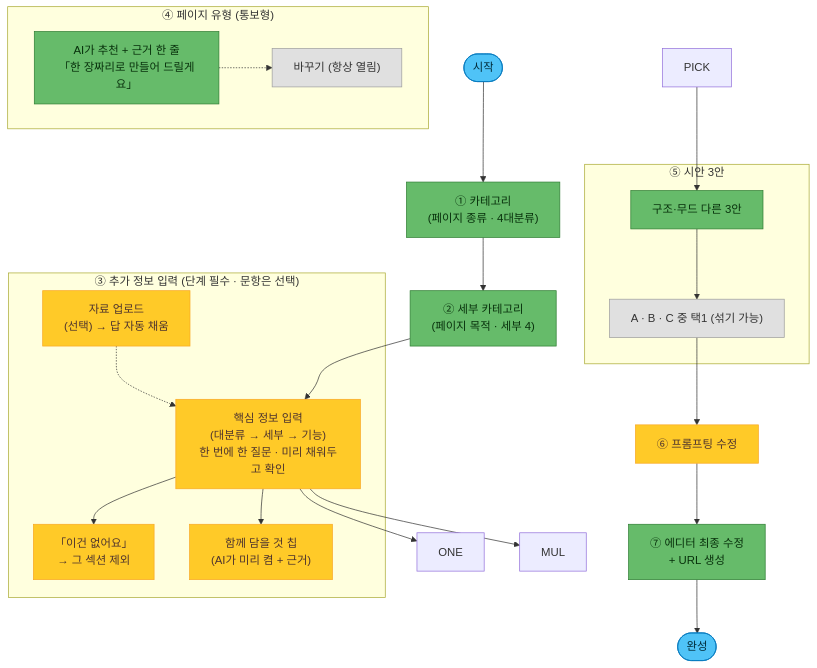
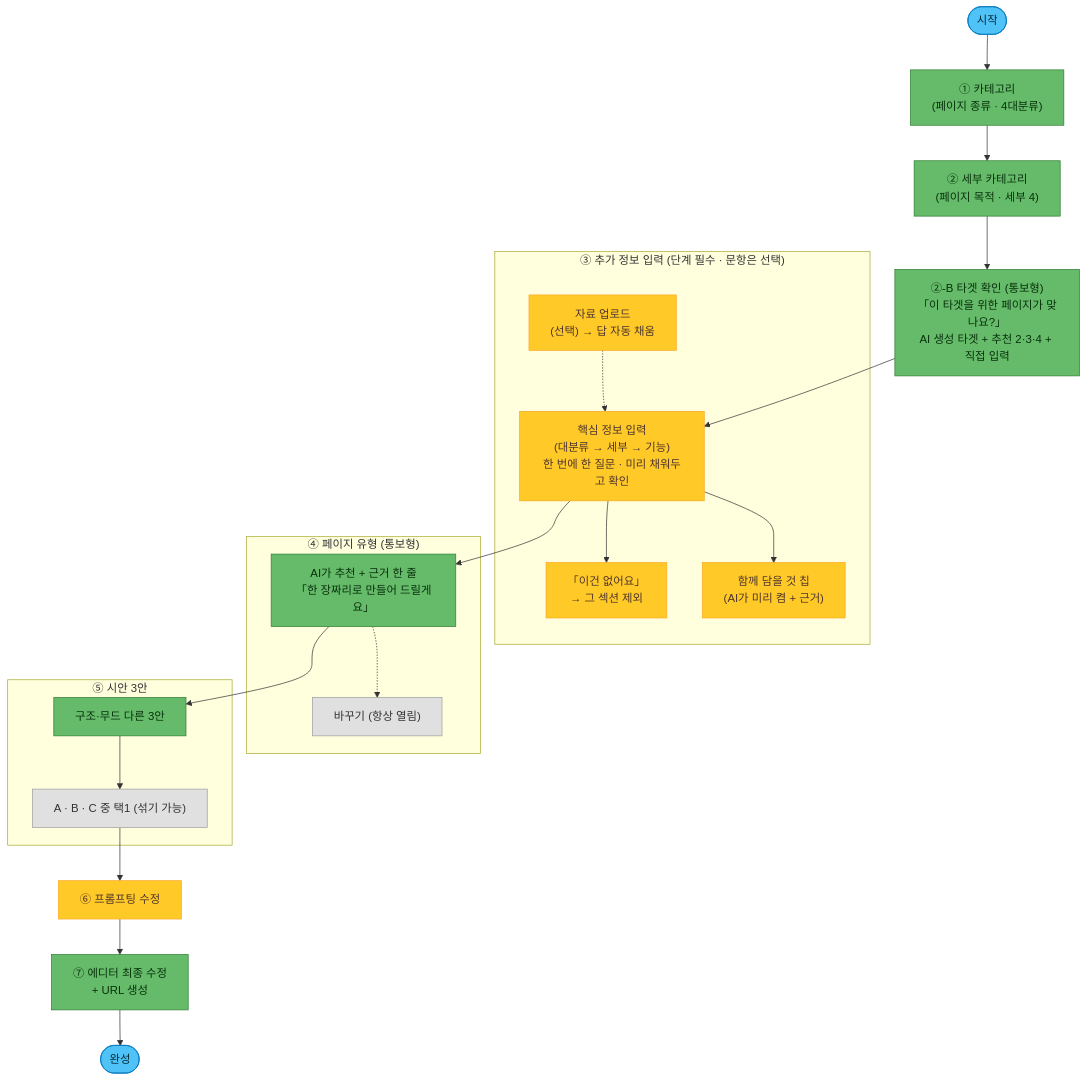
Before and after one commit to CdBd-in/cdbd-templates: the diagram in 1. 작업 가이드/1-9. AI 유저 플로우.md, drawn with Mermaid. The commit also changed other lines of this file and 1 other file, not shown here.

````diff
--- a/1. 작업 가이드/1-9. AI 유저 플로우.md
+++ b/1. 작업 가이드/1-9. AI 유저 플로우.md
@@ -495,39 +496,39 @@
 ```mermaid
 flowchart TD
     Start(["시작"]):::term
     C1["① 카테고리<br/>(페이지 종류 · 4대분류)"]:::req
     C2["② 세부 카테고리<br/>(페이지 목적 · 세부 4)"]:::req
+    TG["②-B 타겟 확인 (통보형)<br/>「이 타겟을 위한 페이지가 맞나요?」<br/>AI 생성 타겟 + 추천 2·3·4 + 직접 입력"]:::req
     subgraph P3["③ 추가 정보 입력 (단계 필수 · 문항은 선택)"]
         QS["핵심 정보 입력<br/>(대분류 → 세부 → 기능)<br/>한 번에 한 질문 · 미리 채워두고 확인"]:::opt
         NO["「이건 없어요」<br/>→ 그 섹션 제외"]:::opt
         CH["함께 담을 것 칩<br/>(AI가 미리 켬 + 근거)"]:::opt
         UP["자료 업로드<br/>(선택) → 답 자동 채움"]:::opt
         UP -.-> QS
         QS --> NO
         QS --> CH
     end
     subgraph P4["④ 페이지 유형 (통보형)"]
         REC["AI가 추천 + 근거 한 줄<br/>「한 장짜리로 만들어 드릴게요」"]:::req
         CHG["바꾸기 (항상 열림)"]:::sub
         REC -.-> CHG
     end
     subgraph P5["⑤ 시안 3안"]
         G["구조·무드 다른 3안"]:::req
         ABC["A · B · C 중 택1 (섞기 가능)"]:::sub
         G --> ABC
     end
     P6["⑥ 프롬프팅 수정"]:::opt
     P7["⑦ 에디터 최종 수정<br/>+ URL 생성"]:::req
     Done(["완성"]):::term
 
-    Start --> C1 --> C2 --> QS
-    QS --> ONE
-    QS --> MUL
-    PICK --> G
+    Start --> C1 --> C2 --> TG --> QS
+    QS --> REC
+    REC --> G
     ABC --> P6 --> P7 --> Done
 
     classDef term fill:#4FC3F7,stroke:#0277BD,color:#012B39;
     classDef opt fill:#FFCA28,stroke:#F9A825,color:#4E342E;
     classDef req fill:#66BB6A,stroke:#2E7D32,color:#08310C;
     classDef sub fill:#E0E0E0,stroke:#9E9E9E,color:#333333;
 ```
````
